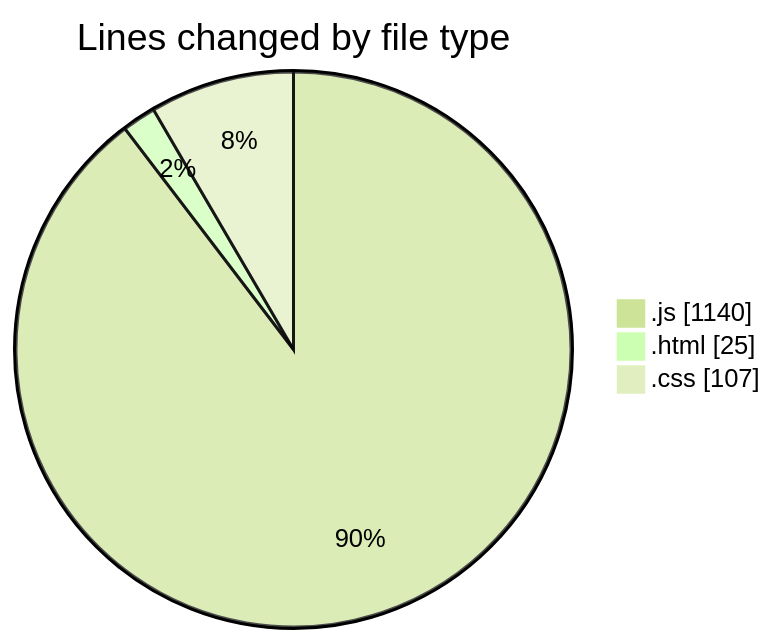
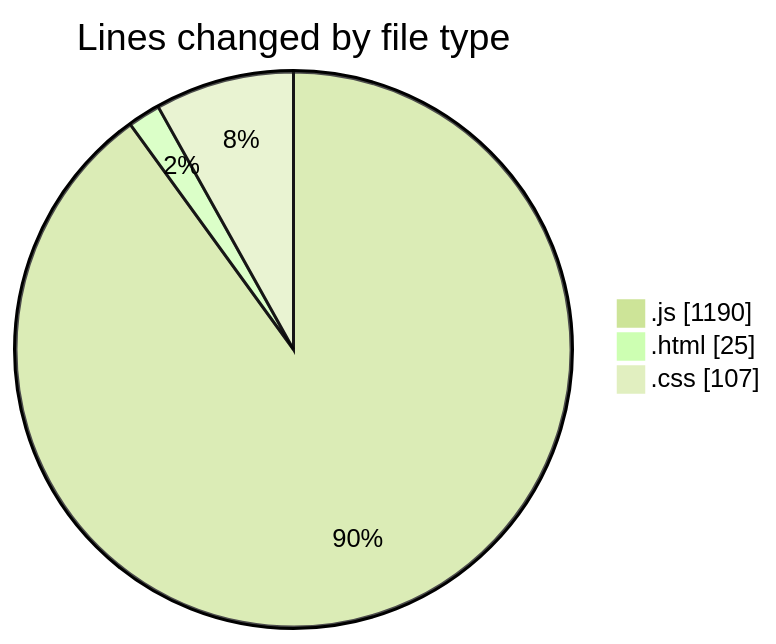
Before and after one commit to Ritupan-Deka/code-tracking: the first of 2 diagrams in 2025-01-19/typing_game/README.md, drawn with Mermaid (forest theme). The commit also changed other lines of this file and 1 other file, not shown here.

````diff
--- a/2025-01-19/typing_game/README.md
+++ b/2025-01-19/typing_game/README.md
@@ -22,7 +22,7 @@
 ```mermaid
 pie showData
 title Lines changed by file type
-".js" : 1140
+".js" : 1190
 ".html" : 25
 ".css" : 107
 ```
````
